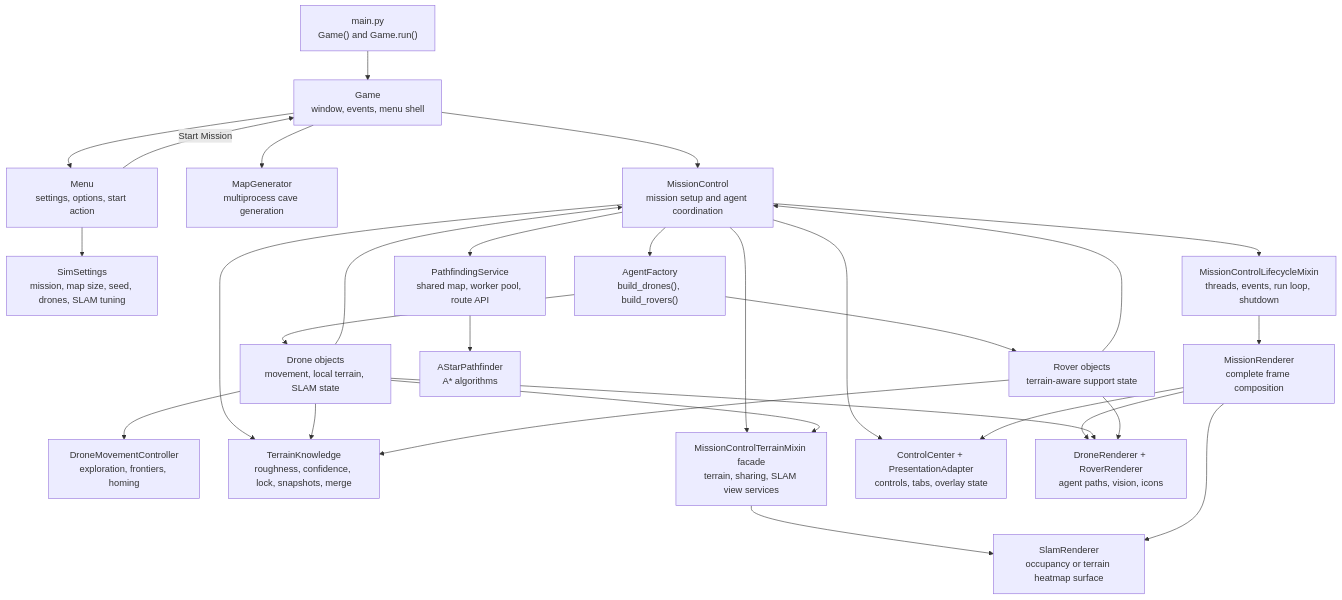
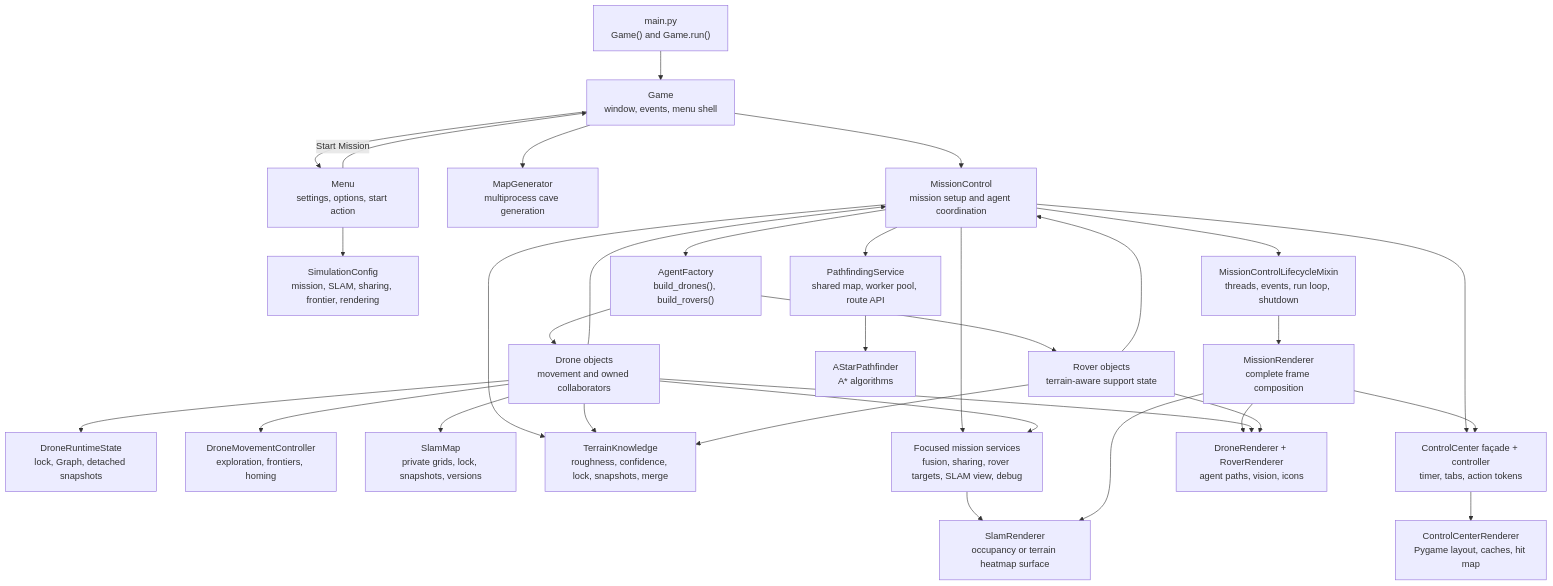
One commit to Gmark117/Cave_Game changed the first of 14 diagrams in CODEFLOW.md. Above: the diagram before and after it, drawn with Mermaid. The commit also changed other lines of this file and 82 other files, not shown here.

First line of the commit message:
Add control center view model, tests, and related functionality

````diff
--- a/CODEFLOW.md
+++ b/CODEFLOW.md
@@ -16,51 +16,57 @@
 ```mermaid
 flowchart TD
     Main["main.py<br/>Game() and Game.run()"]
     Game["Game<br/>window, events, menu shell"]
     Menu["Menu<br/>settings, options, start action"]
-    Settings["SimSettings<br/>mission, map size, seed, drones, SLAM tuning"]
+    Settings["SimulationConfig<br/>mission, SLAM, sharing, frontier, rendering"]
     MapGen["MapGenerator<br/>multiprocess cave generation"]
     Mission["MissionControl<br/>mission setup and agent coordination"]
     Lifecycle["MissionControlLifecycleMixin<br/>threads, events, run loop, shutdown"]
     Factory["AgentFactory<br/>build_drones(), build_rovers()"]
-    Drones["Drone objects<br/>movement, local terrain, SLAM state"]
+    Drones["Drone objects<br/>movement and owned collaborators"]
+    Runtime["DroneRuntimeState<br/>lock, Graph, detached snapshots"]
     Movement["DroneMovementController<br/>exploration, frontiers, homing"]
+    Slam["SlamMap<br/>private grids, lock, snapshots, versions"]
     Rovers["Rover objects<br/>terrain-aware support state"]
     Knowledge["TerrainKnowledge<br/>roughness, confidence, lock, snapshots, merge"]
     Navigation["PathfindingService<br/>shared map, worker pool, route API"]
     Path["AStarPathfinder<br/>A* algorithms"]
-    Terrain["MissionControlTerrainMixin facade<br/>terrain, sharing, SLAM view services"]
-    UI["ControlCenter + PresentationAdapter<br/>controls, tabs, overlay state"]
+    Terrain["Focused mission services<br/>fusion, sharing, rover targets, SLAM view, debug"]
+    UI["ControlCenter façade + controller<br/>timer, tabs, action tokens"]
+    ControlRender["ControlCenterRenderer<br/>Pygame layout, caches, hit map"]
     Render["SlamRenderer<br/>occupancy or terrain heatmap surface"]
     SceneRender["MissionRenderer<br/>complete frame composition"]
     AgentsRender["DroneRenderer + RoverRenderer<br/>agent paths, vision, icons"]
 
     Main --> Game
     Game --> Menu
     Menu --> Settings
     Menu -->|"Start Mission"| Game
     Game --> MapGen
     Game --> Mission
     Mission --> Lifecycle
     Mission --> Factory
     Factory --> Drones
+    Drones --> Runtime
     Drones --> Movement
+    Drones --> Slam
     Factory --> Rovers
     Mission --> Knowledge
     Drones --> Knowledge
     Rovers --> Knowledge
     Mission --> Navigation
     Navigation --> Path
     Mission --> Terrain
     Mission --> UI
+    UI --> ControlRender
     Terrain --> Render
     Lifecycle --> SceneRender
     SceneRender --> Render
     SceneRender --> AgentsRender
     SceneRender --> UI
     Drones --> AgentsRender
     Rovers --> AgentsRender
     Drones --> Mission
     Drones --> Terrain
     Rovers --> Mission
 ```
````
